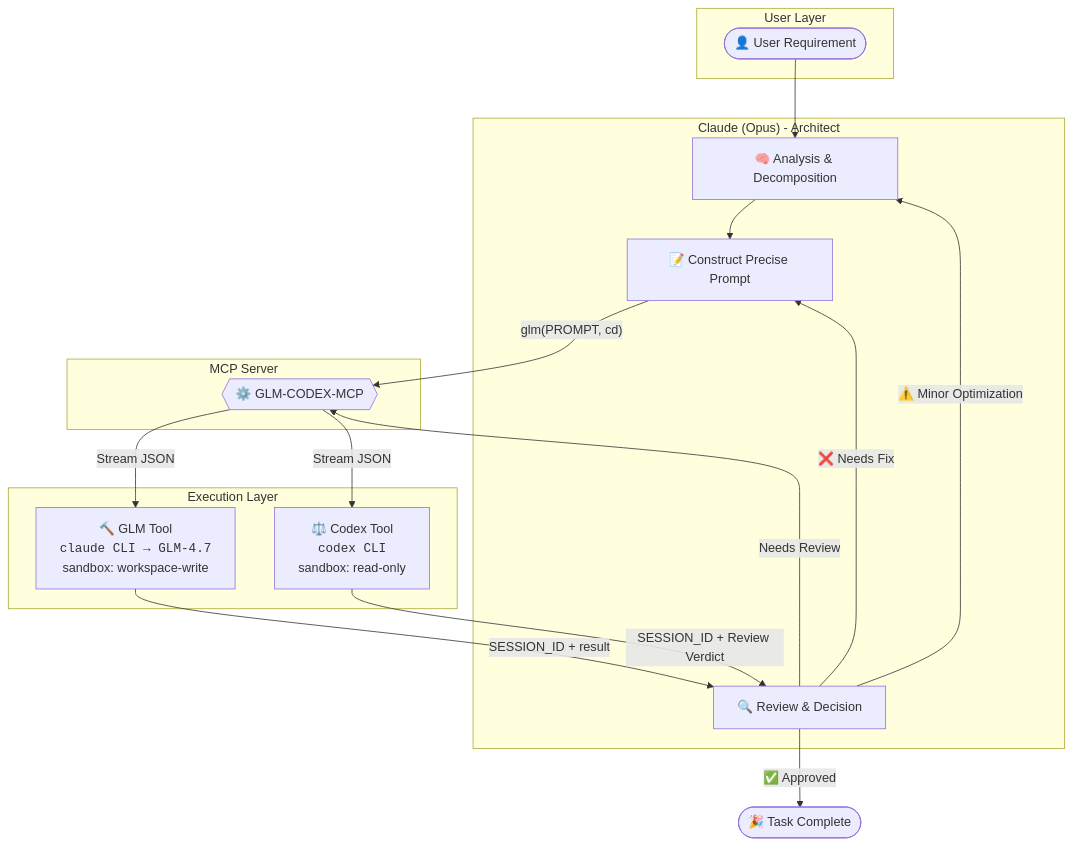
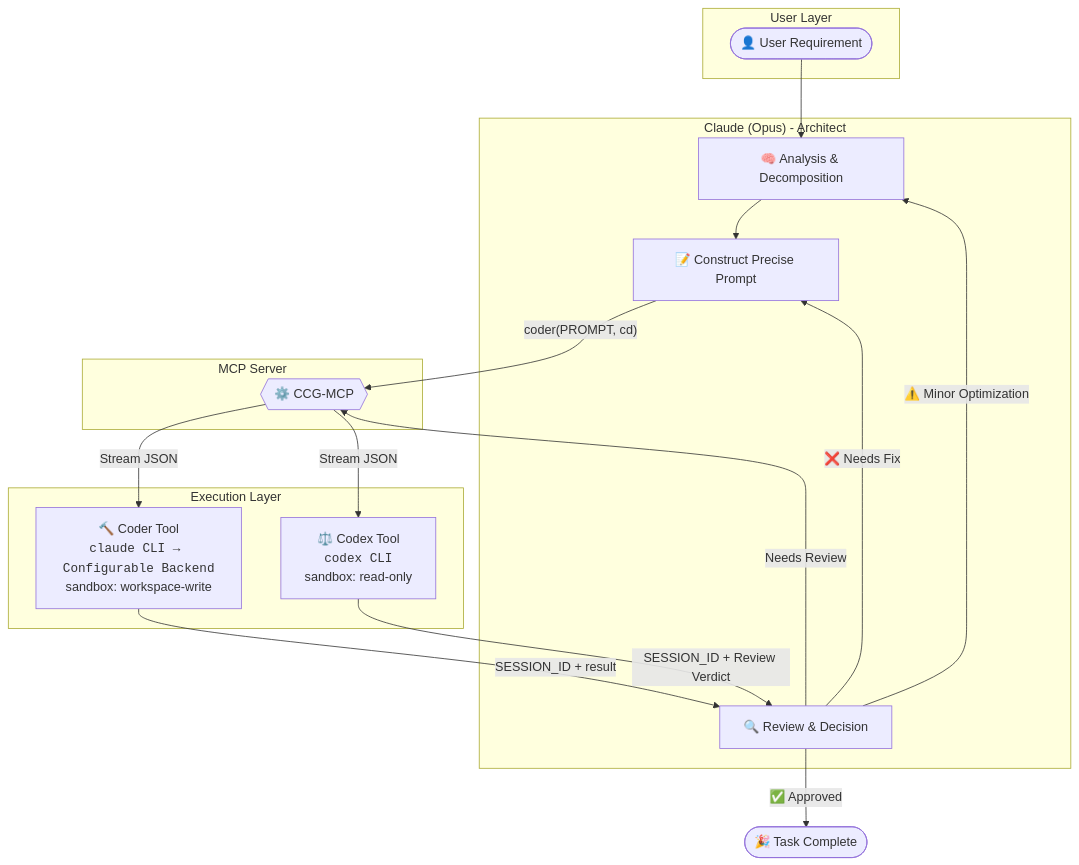
One commit to FredericMN/Coder-Codex-Gemini changed the diagram in README_EN.md. Above: the diagram before and after it, drawn with Mermaid. The commit also changed other lines of this file and 21 other files, not shown here.

First line of the commit message:
refactor: 重命名项目为 Coder-Codex-Gemini (CCG)

````diff
--- a/README_EN.md
+++ b/README_EN.md
@@ -49,35 +49,35 @@
 ```mermaid
 flowchart TB
     subgraph UserLayer ["User Layer"]
         User(["👤 User Requirement"])
     end
 
     subgraph ClaudeLayer ["Claude (Opus) - Architect"]
         Claude["🧠 Analysis & Decomposition"]
         Prompt["📝 Construct Precise Prompt"]
         Review["🔍 Review & Decision"]
     end
 
     subgraph MCPLayer ["MCP Server"]
-        MCP{{"⚙️ GLM-CODEX-MCP"}}
+        MCP{{"⚙️ CCG-MCP"}}
     end
 
     subgraph ToolLayer ["Execution Layer"]
-        GLM["🔨 GLM Tool<br><code>claude CLI → GLM-4.7</code><br>sandbox: workspace-write"]
+        Coder["🔨 Coder Tool<br><code>claude CLI → Configurable Backend</code><br>sandbox: workspace-write"]
         Codex["⚖️ Codex Tool<br><code>codex CLI</code><br>sandbox: read-only"]
     end
 
     User --> Claude
     Claude --> Prompt
-    Prompt -->|"glm(PROMPT, cd)"| MCP
-    MCP -->|"Stream JSON"| GLM
-    GLM -->|"SESSION_ID + result"| Review
+    Prompt -->|"coder(PROMPT, cd)"| MCP
+    MCP -->|"Stream JSON"| Coder
+    Coder -->|"SESSION_ID + result"| Review
 
     Review -->|"Needs Review"| MCP
     MCP -->|"Stream JSON"| Codex
     Codex -->|"SESSION_ID + Review Verdict"| Review
 
     Review -->|"✅ Approved"| Done(["🎉 Task Complete"])
     Review -->|"❌ Needs Fix"| Prompt
     Review -->|"⚠️ Minor Optimization"| Claude
 ```
````
